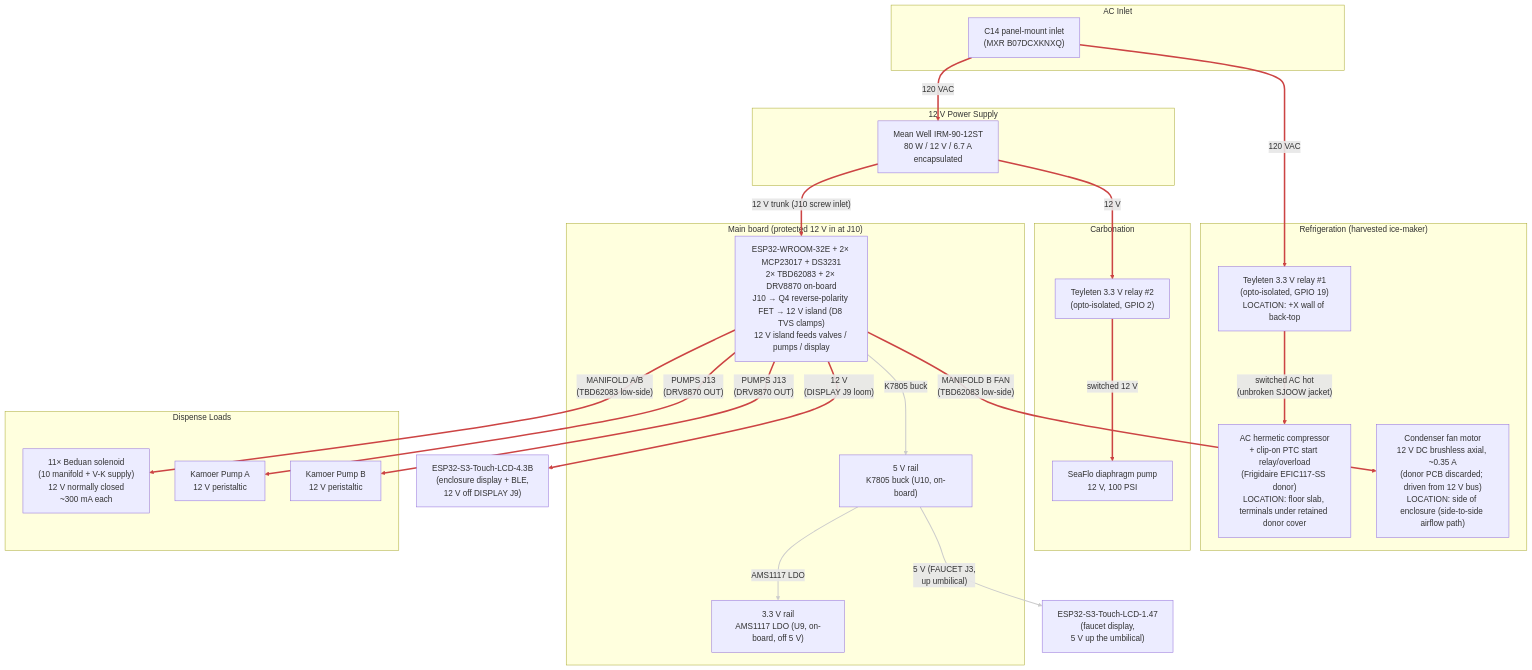
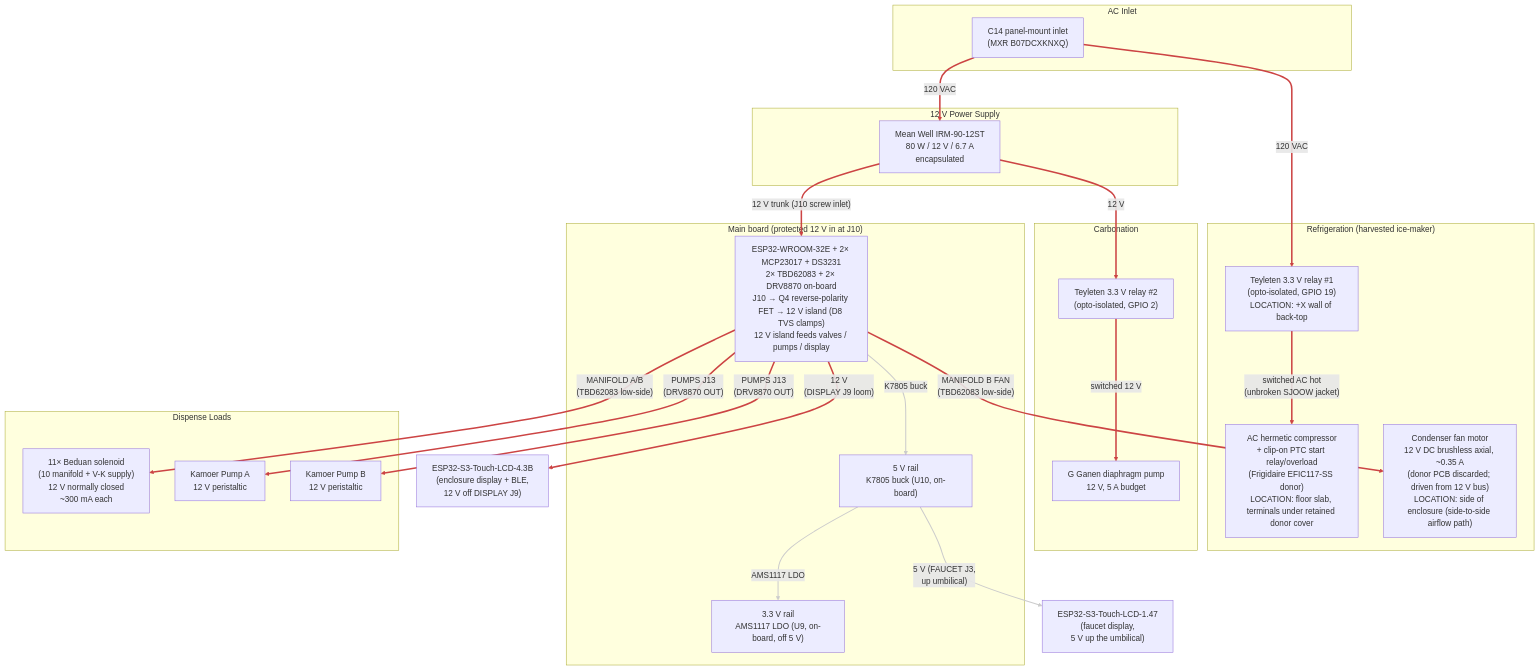
One commit to derekbreden/homesodamachine changed the diagram in hardware/wiring/power.mmd. Above: the diagram before and after it, drawn with Mermaid. The commit also changed 27 other files, not shown here.

First line of the commit message:
Name the G Ganen where the SeaFlo stood, on a 5 A budget

```diff
--- a/hardware/wiring/power.mmd
+++ b/hardware/wiring/power.mmd
@@ -1,129 +1,129 @@
 flowchart TD
 
   %% Power Distribution (current plan).
   %% 120 VAC mains in via C14 inlet; Mean Well 12 V PSU supplies the
   %% 12 V bus for everything except the compressor itself, which runs
   %% on switched mains via Teyleten relay #1 (main board RELAYS J5, ESP32
   %% GPIO 19). The 12 V diaphragm pump is gated by Teyleten relay #2
   %% (main board RELAYS J5, ESP32 GPIO 2) so firmware can keep refill off
   %% during an active dispense. Both relay modules take their coil/opto
   %% 5 V from RELAYS J5.
   %% The 12 V bus feeds the main board at its screw inlet (J10).
   %% The inlet is protected in series: a P-channel MOSFET (Q4, AO3407)
   %% in the high side blocks reverse polarity before the 12 V reaches the
   %% island; and a 15 V TVS (D8, SMAJ15A) clamps input surges the main board
   %% sees to under C3's 25 V rating. Overcurrent is bounded by the Mean
   %% Well supply's own 6.7 A OCP.
   %% The main board makes its own logic rails — 5 V from the on-board K7805
   %% buck (U10), 3.3 V from the on-board AMS1117 LDO (U9, off the 5 V
   %% rail) — and carries the WROOM, both MCP23017s, the RTC, both
   %% TBD62083s, and the two DRV8870 pump H-bridges. Off-board 12 V
   %% loads draw through the main board: solenoid valves + condenser fan
   %% through the TBD62083 channels (MANIFOLD A/B), peristaltic pumps through
   %% the DRV8870s (PUMPS J13), and the enclosure display through its
   %% loom connector (DISPLAY J9 carries RS485 + 12 V). The faucet
   %% display takes 5 V up the umbilical (FAUCET J3); the sensor loom
   %% (SENSORS J4) and the MQ-6 heater (GAS J11) draw 5 V / 3.3 V off
   %% the same on-board rails.
   %% Physical placement:
   %% - The C14 inlet, AC distribution, PSU, both Teyleten relays, and
   %%   the main board all stand on the +X wall of back-top, behind the
   %%   C14 inlet's crossing in the +Y wall beside it.
   %% - The compressor sits middle-bottom, bolted down to the enclosure
   %%   floor slab on four printed posts. Its terminal block and its
   %%   clip-on PTC start relay + overload module remain under the R-600a
   %%   donor's own moulded power-box cover. The build adds no second
   %%   sheet-metal shroud; `/business/regulatory.md` carries the
   %%   qualification still owed on the retained donor cover.
   %% - Teyleten relay #1 stays on the +X WALL, away from the refrigerant
   %%   compartment. Only switched AC reaches the compressor — one
   %%   jacketed SJOOW bundle, switched H + N + chassis G (AC-4/5/6),
   %%   unbroken from that wall and its own strain relief. This keeps
   %%   the arcing contact out of the hydrocarbon-refrigerant volume,
   %%   which is the one placement rule that still holds there.
   %% - The condenser fan motor is on the side of the enclosure
   %%   (the side-to-side intake → condenser → exhaust airflow path).
   %%   It is a 12 V DC brushless axial
   %%   fan: the donor ice maker's own PCB regulated mains to 12 V
   %%   to drive it (factory wiring was never AC on the fan itself),
   %%   so on harvest we discard the donor PCB and drive the fan
   %%   from our own 12 V bus. Low-side switched via one channel of
   %%   TBD62083 #2 (MANIFOLD B FAN pin, driven from MCP23017 0x21
   %%   PA3) — same pattern as the solenoid valves. Firmware turns it
   %%   on/off in lockstep with the compressor.
   %% See `ac-wiring-schedule.md` for run-by-run gauges + lengths and
   %% `../assembly/enclosure-mechanical.md` §5 for the compressor's
   %% four floor posts and the bond that lands under one of their screws.
 
   subgraph AC_Inlet["AC Inlet"]
     C14["C14 panel-mount inlet\n(MXR B07DCXKNXQ)"]
   end
 
   subgraph Supply["12 V Power Supply"]
     PSU["Mean Well IRM-90-12ST\n80 W / 12 V / 6.7 A\nencapsulated"]
   end
 
   subgraph Refrigeration["Refrigeration  (harvested ice-maker)"]
     RELAY["Teyleten 3.3 V relay #1\n(opto-isolated, GPIO 19)\nLOCATION: +X wall of back-top"]
     COMP_AC["AC hermetic compressor\n+ clip-on PTC start relay/overload\n(Frigidaire EFIC117-SS donor)\nLOCATION: floor slab, terminals under retained donor cover"]
     COND_FAN["Condenser fan motor\n12 V DC brushless axial, ~0.35 A\n(donor PCB discarded; driven from 12 V bus)\nLOCATION: side of enclosure (side-to-side airflow path)"]
   end
 
   subgraph Carbonation["Carbonation"]
     DIA_RELAY["Teyleten 3.3 V relay #2\n(opto-isolated, GPIO 2)"]
-    DIA_PUMP["SeaFlo diaphragm pump\n12 V, 100 PSI"]
+    DIA_PUMP["G Ganen diaphragm pump\n12 V, 5 A budget"]
   end
 
   subgraph Board["Main board  (protected 12 V in at J10)"]
     MAIN["ESP32-WROOM-32E + 2× MCP23017 + DS3231\n2× TBD62083 + 2× DRV8870 on-board\nJ10 → Q4 reverse-polarity FET → 12 V island (D8 TVS clamps)\n12 V island feeds valves / pumps / display"]
     REG_5V["5 V rail\nK7805 buck (U10, on-board)"]
     REG_3V3["3.3 V rail\nAMS1117 LDO (U9, on-board, off 5 V)"]
   end
 
   subgraph Dispense["Dispense Loads"]
     VALVES["11× Beduan solenoid\n(10 manifold + V-K supply)\n12 V normally closed\n~300 mA each"]
     PUMP_A["Kamoer Pump A\n12 V peristaltic"]
     PUMP_B["Kamoer Pump B\n12 V peristaltic"]
   end
 
   CFG["ESP32-S3-Touch-LCD-4.3B\n(enclosure display + BLE,\n 12 V off DISPLAY J9)"]
 
   FAUCET["ESP32-S3-Touch-LCD-1.47\n(faucet display,\n 5 V up the umbilical)"]
 
   %% AC distribution (hot leg)
   C14 ==>|"120 VAC"| RELAY
   C14 ==>|"120 VAC"| PSU
   RELAY ==>|"switched AC hot\n(unbroken SJOOW jacket)"| COMP_AC
 
   %% 12 V distribution
   PSU ==>|"12 V trunk (J10 screw inlet)"| MAIN
   PSU ==>|"12 V"| DIA_RELAY
   DIA_RELAY ==>|"switched 12 V"| DIA_PUMP
   MAIN ==>|"MANIFOLD A/B\n(TBD62083 low-side)"| VALVES
   MAIN ==>|"MANIFOLD B FAN\n(TBD62083 low-side)"| COND_FAN
   MAIN ==>|"PUMPS J13\n(DRV8870 OUT)"| PUMP_A
   MAIN ==>|"PUMPS J13\n(DRV8870 OUT)"| PUMP_B
   MAIN ==>|"12 V\n(DISPLAY J9 loom)"| CFG
 
   %% Logic rails (made on the main board)
   MAIN -->|"K7805 buck"| REG_5V
   REG_5V -->|"5 V (FAUCET J3,\n up umbilical)"| FAUCET
   REG_5V -->|"AMS1117 LDO"| REG_3V3
 
   %% Power paths (red, thick).
   %% 0    = C14 -> relay #1 (AC mains)
   %% 1    = C14 -> PSU (AC mains)
   %% 2    = relay #1 -> compressor (switched AC, unbroken SJOOW jacket)
   %% 3    = PSU 12 V trunk -> MAIN (J10)
   %% 4    = PSU 12 V -> diaphragm relay #2
   %% 5    = relay #2 -> diaphragm pump (switched 12 V)
   %% 6    = MAIN -> solenoid valves (TBD62083 low-side)
   %% 7    = MAIN -> condenser fan (TBD62083 low-side)
   %% 8-9  = MAIN -> peristaltic pumps (DRV8870)
   %% 10   = MAIN -> enclosure display (12 V off J9)
   linkStyle 0,1,2,3,4,5,6,7,8,9,10 stroke:#c44,stroke-width:3px
   %% Logic rails (5 V, 3.3 V), made on the main board: white workhorse.
   %% 11 = K7805 buck -> 5 V rail
   %% 12 = 5 V rail -> faucet display (up umbilical)
   %% 13 = AMS1117 -> 3.3 V rail
   linkStyle 11,12,13 stroke:#ccc,stroke-width:2px
```
